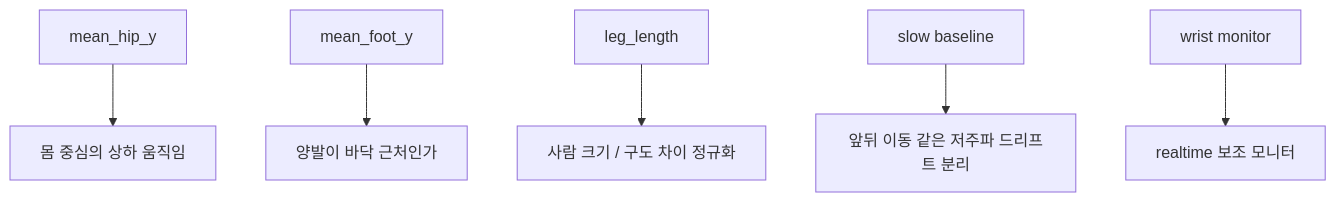
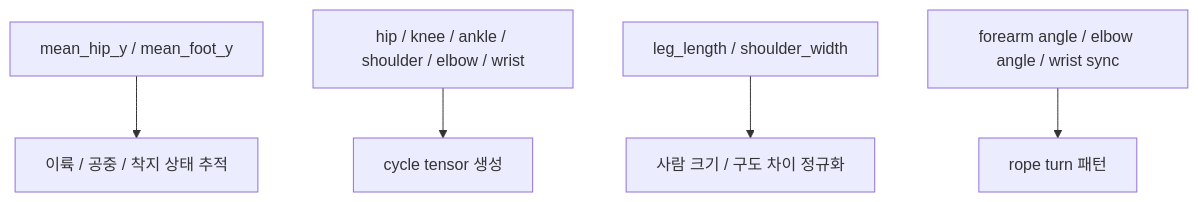
Before and after one commit to Hooneybadger/jump-rope-detector: the second of 5 diagrams in double_jump/README.md, drawn with Mermaid. The commit also changed other lines of this file and 20 other files, not shown here.

````diff
--- a/double_jump/README.md
+++ b/double_jump/README.md
@@ -52,8 +47,7 @@
 ```mermaid
 flowchart TB
-    A[mean_hip_y] --> A1[몸 중심의 상하 움직임]
-    B[mean_foot_y] --> B1[양발이 바닥 근처인가]
-    C[leg_length] --> C1[사람 크기 / 구도 차이 정규화]
-    D[slow baseline] --> D1[앞뒤 이동 같은 저주파 드리프트 분리]
-    E[wrist monitor] --> E1[realtime 보조 모니터]
+    A[mean_hip_y / mean_foot_y] --> A1[이륙 / 공중 / 착지 상태 추적]
+    B[hip / knee / ankle / shoulder / elbow / wrist] --> B1[cycle tensor 생성]
+    C[leg_length / shoulder_width] --> C1[사람 크기 / 구도 차이 정규화]
+    D[forearm angle / elbow angle / wrist sync] --> D1[rope turn 패턴]
 ```
````
